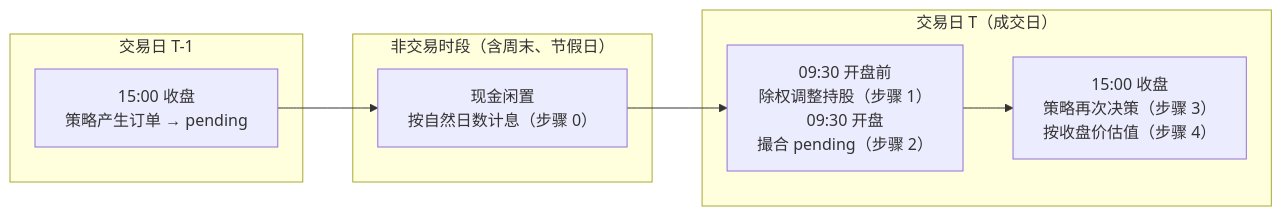
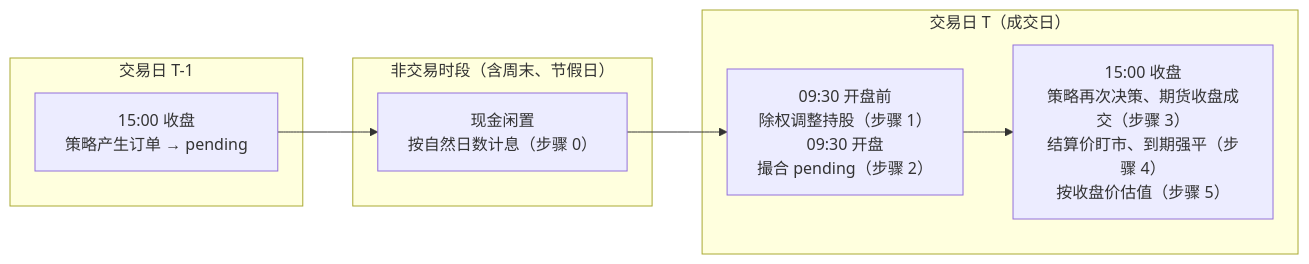
One commit to guevara12345/quant changed diagram 13 of 25 in docs/code-walkthrough.md. Above: the diagram before and after it, drawn with Mermaid. The commit also changed other lines of this file and 33 other files, not shown here.

````diff
--- a/docs/code-walkthrough.md
+++ b/docs/code-walkthrough.md
@@ -586,15 +693,15 @@
 ```mermaid
 flowchart LR
     subgraph T0["交易日 T-1"]
         C0["15:00 收盘<br/>策略产生订单 → pending"]
     end
     subgraph Gap["非交易时段（含周末、节假日）"]
         I["现金闲置<br/>按自然日数计息（步骤 0）"]
     end
     subgraph T1["交易日 T（成交日）"]
         O1["09:30 开盘前<br/>除权调整持股（步骤 1）<br/>09:30 开盘<br/>撮合 pending（步骤 2）"]
-        C1["15:00 收盘<br/>策略再次决策（步骤 3）<br/>按收盘价估值（步骤 4）"]
+        C1["15:00 收盘<br/>策略再次决策、期货收盘成交（步骤 3）<br/>结算价盯市、到期强平（步骤 4）<br/>按收盘价估值（步骤 5）"]
         O1 --> C1
     end
     C0 --> I --> O1
 ```
````
